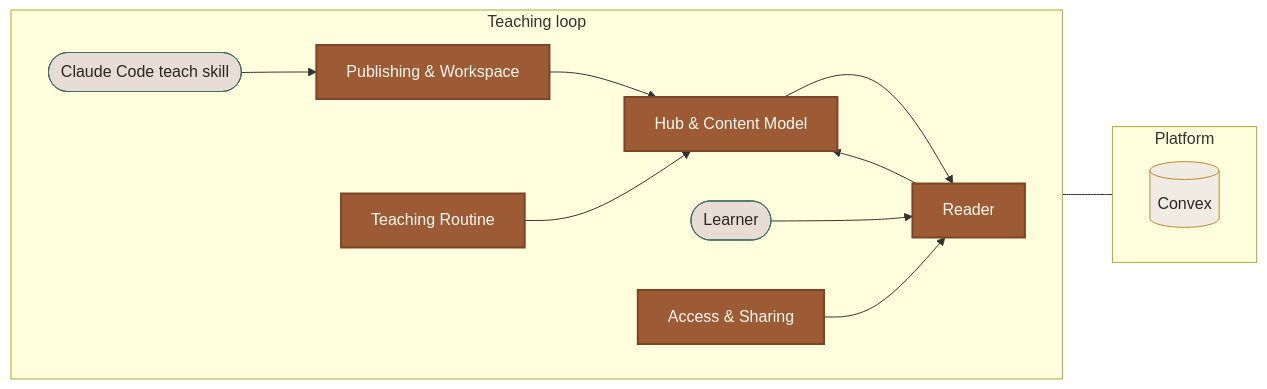
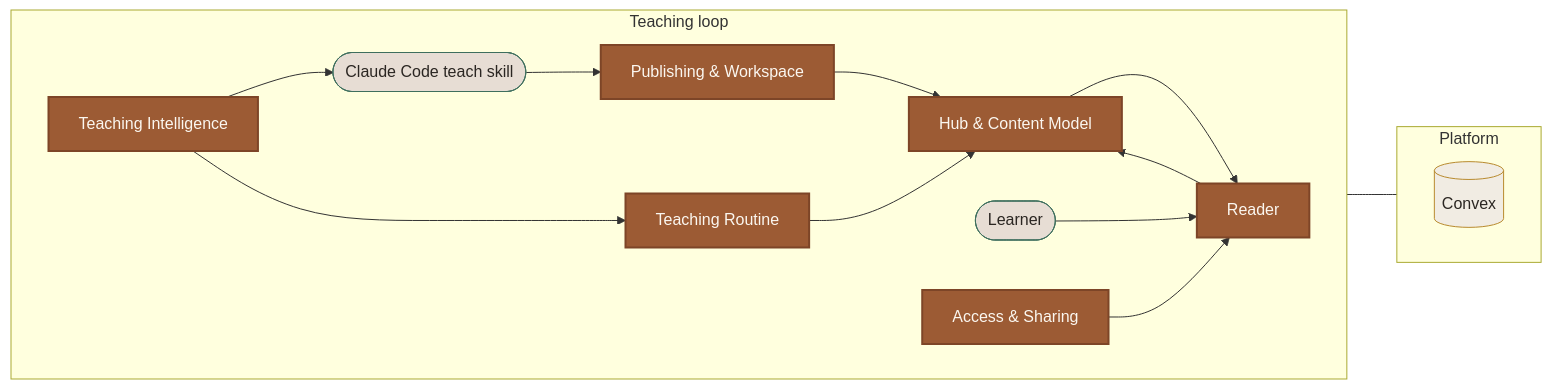
The diagram in docs/architecture/overview.md (EPOHnomeL/hindi-learning), drawn with Mermaid before and after one commit. The commit also changed other lines of this file and 2 other files, not shown here.

First line of the commit message:
docs(architecture): register Teaching Intelligence + surface prompt artifacts

````diff
--- a/docs/architecture/overview.md
+++ b/docs/architecture/overview.md
@@ -30,32 +35,35 @@
 ```mermaid
 flowchart LR
   classDef ctx fill:#9c5b34,stroke:#7d4527,stroke-width:2px,color:#fbf7f0;
   classDef ext fill:#e7ddd4,stroke:#3f6f5e,color:#2b2622;
   classDef plat fill:#f1ece3,stroke:#b88a2e,color:#2b2622;
 
   subgraph loop [Teaching loop]
     direction LR
     CC([Claude Code teach skill]):::ext
     LEARNER([Learner]):::ext
+    AI[Teaching Intelligence]:::ctx
     HUB[Hub &amp; Content Model]:::ctx
     READER[Reader]:::ctx
     ROUTINE[Teaching Routine]:::ctx
     PUB[Publishing &amp; Workspace]:::ctx
     ACCESS[Access &amp; Sharing]:::ctx
 
+    AI --> CC
+    AI --> ROUTINE
     CC --> PUB
     PUB --> HUB
     ROUTINE --> HUB
     HUB --> READER
     LEARNER --> READER
     READER --> HUB
     ACCESS --> READER
   end
 
   subgraph platform [Platform]
     direction LR
     CONVEX[(Convex)]:::plat
   end
 
   HUB --- CONVEX
 ```
````
